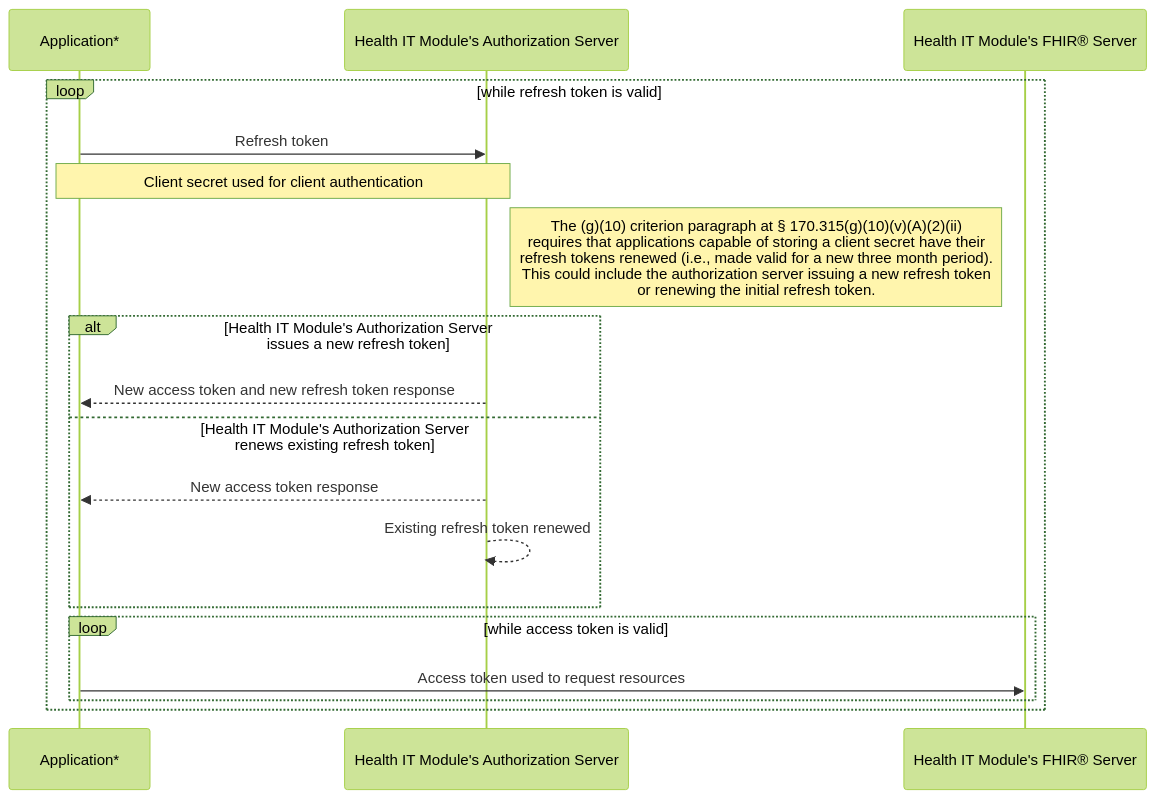
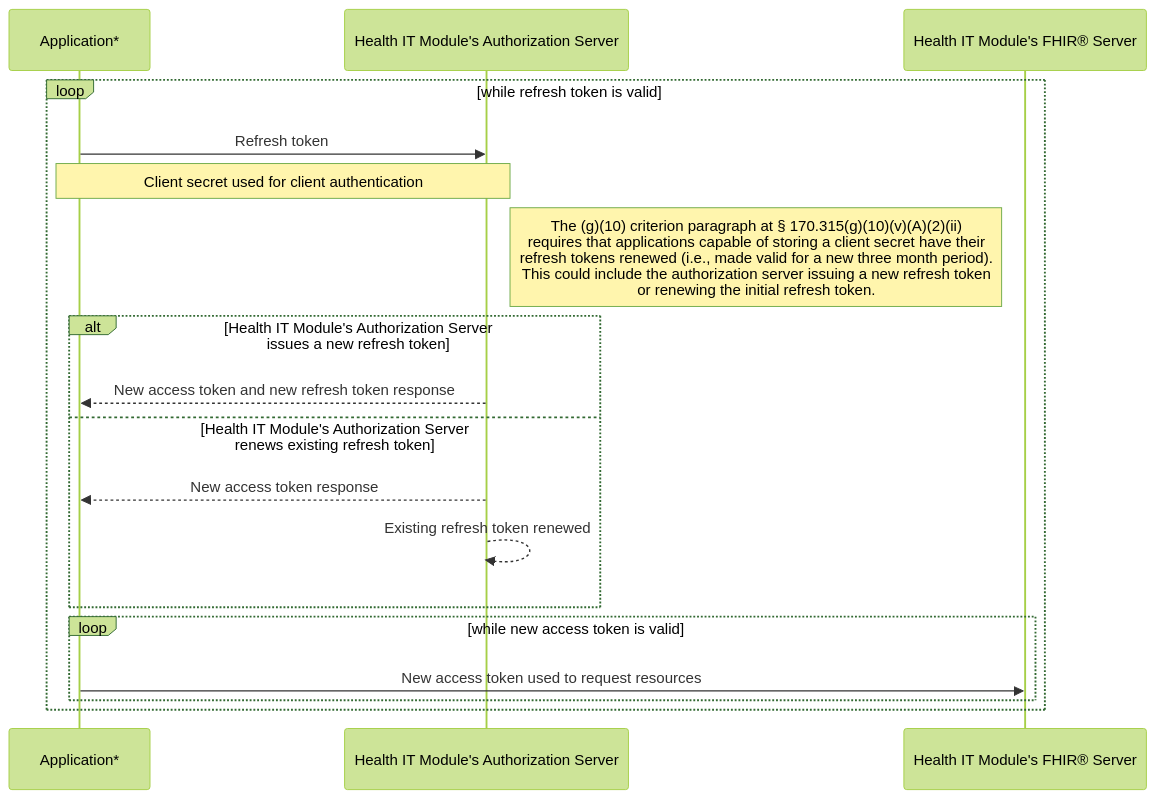
The second of 5 diagrams in docs/g10-criterion.md (onc-healthit/api-resource-guide), drawn with Mermaid (forest theme) before and after one commit.

Commit message:
consistent language

````diff
--- a/docs/g10-criterion.md
+++ b/docs/g10-criterion.md
@@ -380,21 +380,21 @@
 	``` mermaid
 		sequenceDiagram
 			participant app as Application*
 			participant authz as Health IT Module's Authorization Server
 			participant fhir as Health IT Module's FHIR® Server
 
 			loop while refresh token is valid
 			app ->> authz: Refresh token
 			note over app,authz: Client secret used for client authentication
 			note right of authz: The (g)(10) criterion paragraph at § 170.315(g)(10)(v)(A)(2)(ii) <br/> requires that applications capable of storing a client secret have their <br/> refresh tokens renewed (i.e., made valid for a new three month period). <br/> This could include the authorization server issuing a new refresh token <br/> or renewing the initial refresh token.
 			alt Health IT Module's Authorization Server issues a new refresh token
 				authz -->> app: New access token and new refresh token response
 			else Health IT Module's Authorization Server renews existing refresh token
 				authz -->> app: New access token response
 				authz -->> authz: Existing refresh token renewed
 			end
-			loop while access token is valid
-				app ->> fhir: Access token used to request resources
+			loop while new access token is valid
+				app ->> fhir: New access token used to request resources
 			end
 			end
 	```
````
